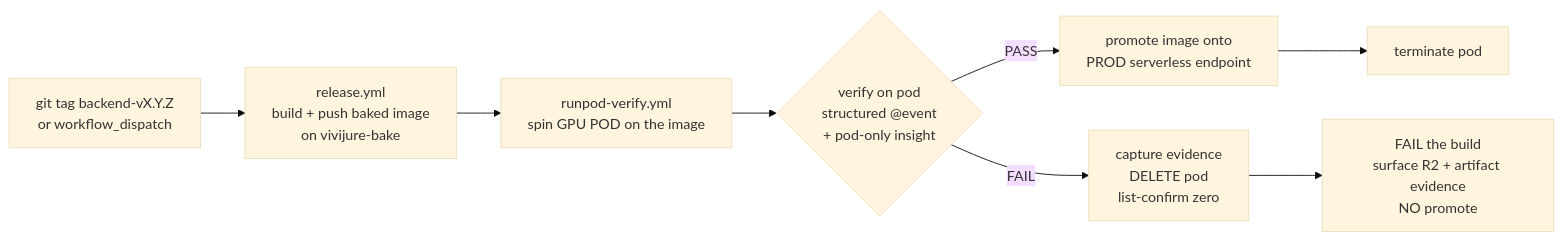
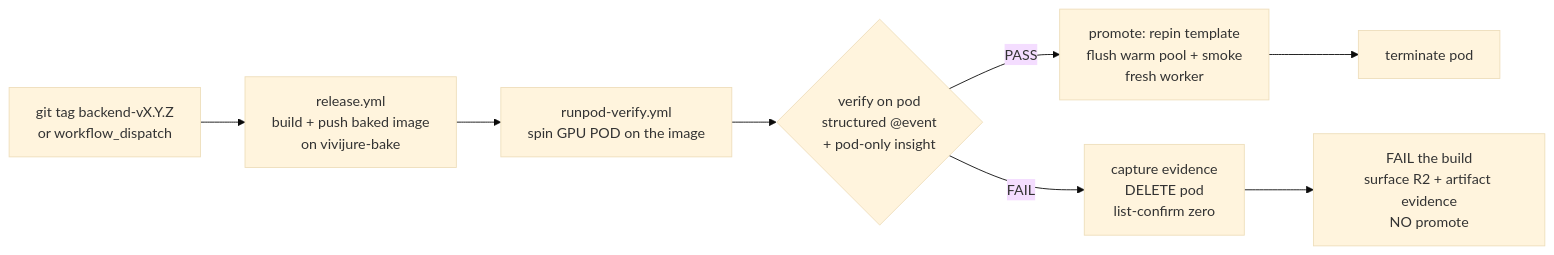
One commit to skyphusion-labs/vivijure-backend changed the diagram in docs/release-gate.md. Above: the diagram before and after it, drawn with Mermaid (base theme). The commit also changed other lines of this file and 2 other files, not shown here.

````diff
--- a/docs/release-gate.md
+++ b/docs/release-gate.md
@@ -43,8 +61,8 @@
 ```mermaid
 flowchart LR
     A[git tag backend-vX.Y.Z<br/>or workflow_dispatch] --> B[release.yml<br/>build + push baked image<br/>on vivijure-bake]
     B --> C[runpod-verify.yml<br/>spin GPU POD on the image]
     C --> D{verify on pod<br/>structured @event<br/>+ pod-only insight}
-    D -- PASS --> E[promote image onto<br/>PROD serverless endpoint] --> F[terminate pod]
+    D -- PASS --> E[promote: repin template<br/>flush warm pool + smoke<br/>fresh worker] --> F[terminate pod]
     D -- FAIL --> G[capture evidence<br/>DELETE pod<br/>list-confirm zero] --> H[FAIL the build<br/>surface R2 + artifact evidence<br/>NO promote]
 ```
````
